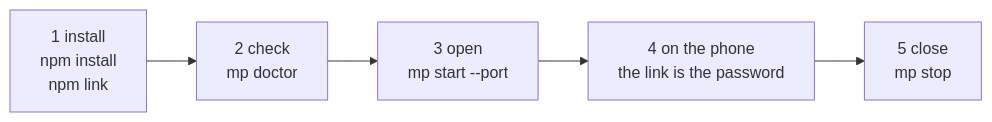
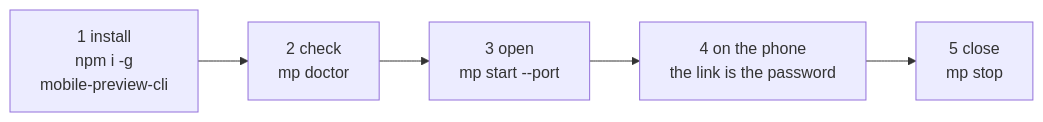
The diagram in docs/.doc-automation/publish/en/quickstart.md (2440893398/mobile-preview), drawn with Mermaid before and after one commit. The commit also changed other lines of this file and 17 other files, not shown here.

First line of the commit message:
feat(dist): 发 npm 包 mobile-preview-cli，装法从 clone 五步变成一行

````diff
--- a/docs/.doc-automation/publish/en/quickstart.md
+++ b/docs/.doc-automation/publish/en/quickstart.md
@@ -24,4 +24,4 @@
 ```mermaid
 flowchart LR
-  A["1 install<br/>npm install<br/>npm link"] --> B["2 check<br/>mp doctor"] --> C["3 open<br/>mp start --port"] --> D["4 on the phone<br/>the link is the password"] --> E["5 close<br/>mp stop"]
+  A["1 install<br/>npm i -g<br/>mobile-preview-cli"] --> B["2 check<br/>mp doctor"] --> C["3 open<br/>mp start --port"] --> D["4 on the phone<br/>the link is the password"] --> E["5 close<br/>mp stop"]
 ```
````
